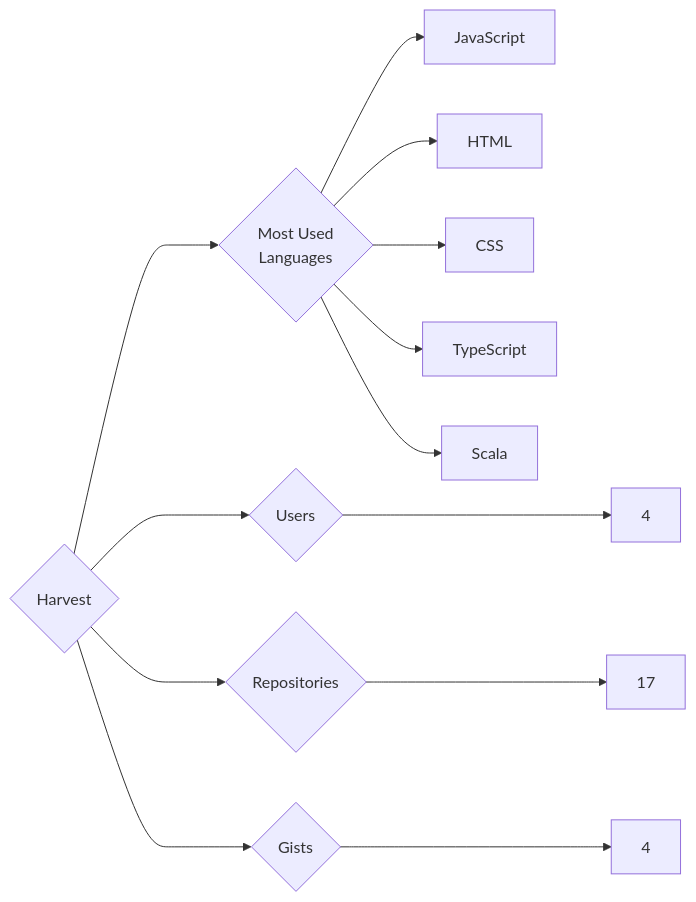
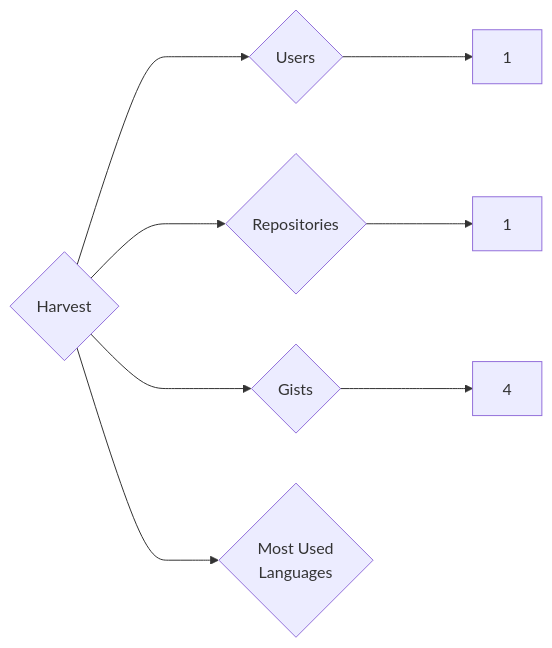
The diagram in targets/Harvest/README.md (trickest/insiders), drawn with Mermaid before and after one commit. The commit also changed 782 other files, not shown here.

````diff
--- a/targets/Harvest/README.md
+++ b/targets/Harvest/README.md
@@ -3,13 +3,8 @@
 ```mermaid
 graph LR
 COMPANY_NAME{Harvest}
-COMPANY_NAME ---> U{Users} ---> UN[4]
-COMPANY_NAME ---> R{Repositories} ---> RN[17]
+COMPANY_NAME ---> U{Users} ---> UN[1]
+COMPANY_NAME ---> R{Repositories} ---> RN[1]
 COMPANY_NAME ---> G{Gists} ---> GN[4]
 COMPANY_NAME ---> ML{Most Used<br>Languages}
-ML --> JavaScript[JavaScript]
-ML --> HTML[HTML]
-ML --> CSS[CSS]
-ML --> TypeScript[TypeScript]
-ML --> Scala[Scala]
 ```
````
